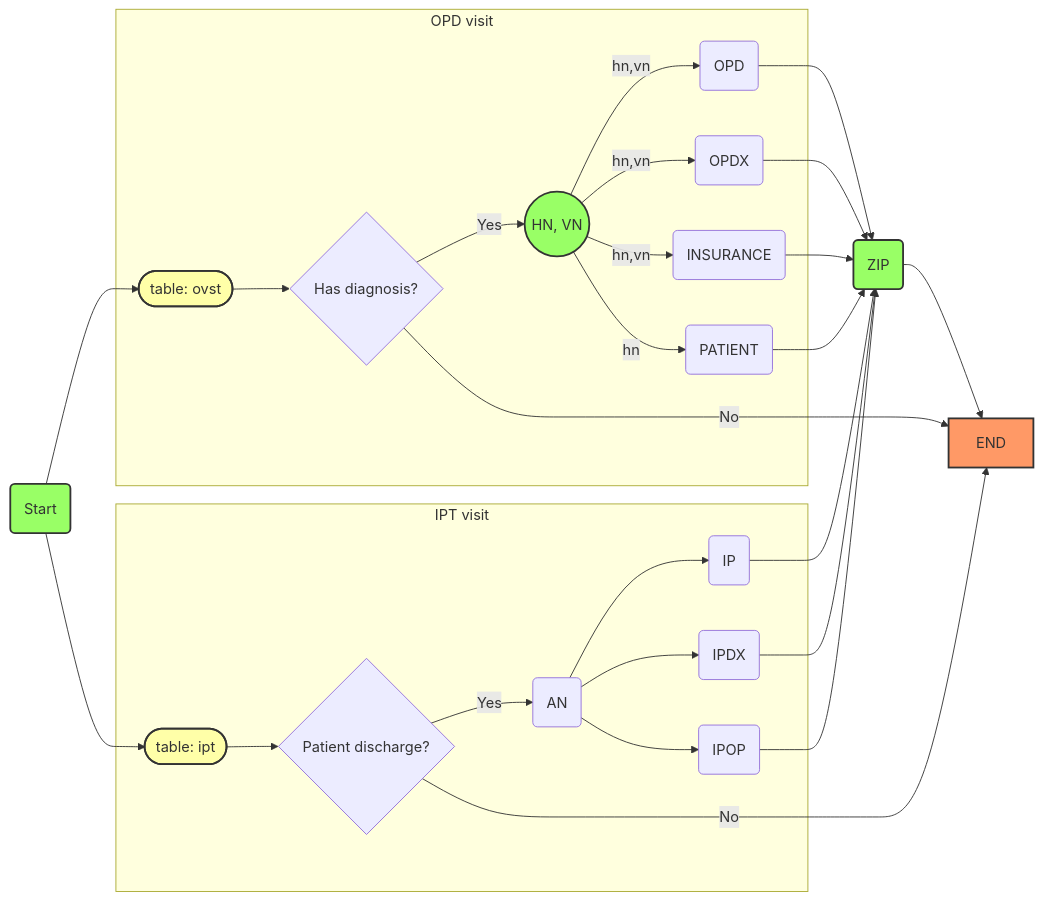
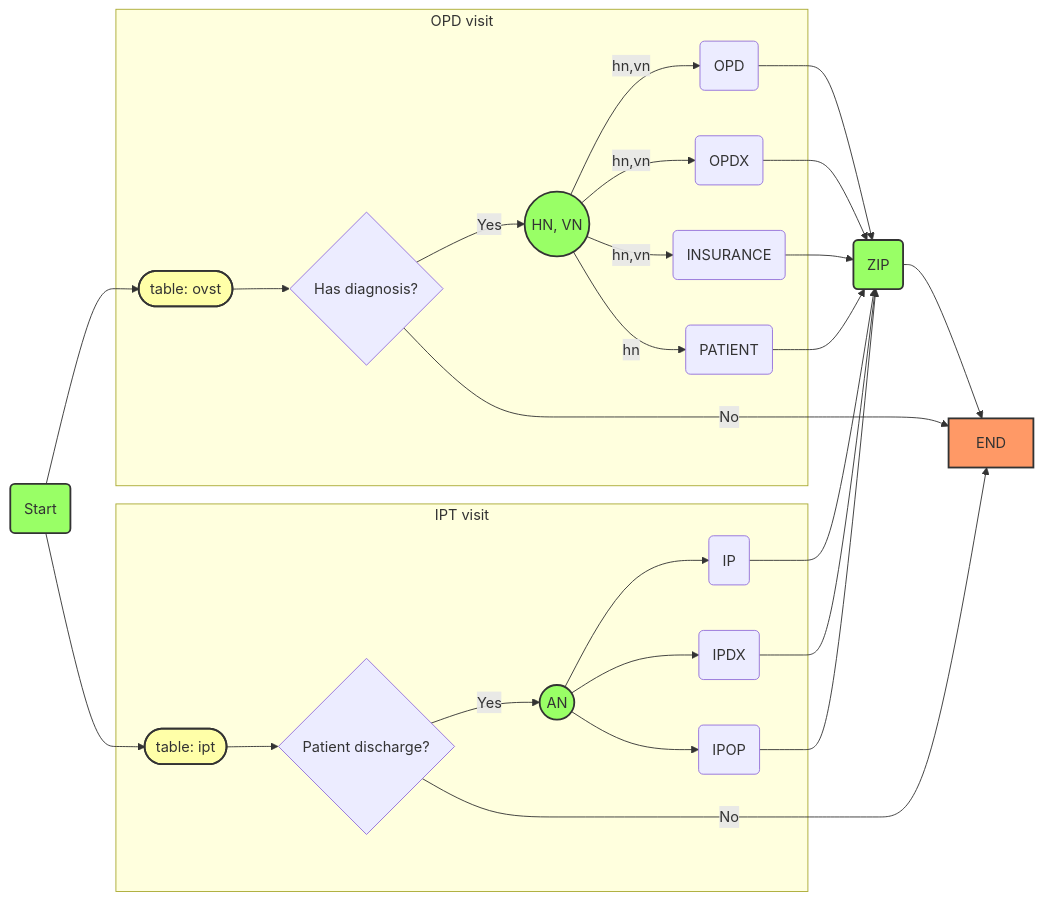
The diagram in HOSxPv3.md (Health-Region-7/Data-Extraction-Flow), drawn with Mermaid before and after one commit.

````diff
--- a/HOSxPv3.md
+++ b/HOSxPv3.md
@@ -3,43 +3,43 @@
 ```mermaid
 flowchart LR
 START(Start) --> OVST([table: ovst])
 subgraph OPD visit
 OVST --> HASDX{Has diagnosis?}
 HASDX --> |Yes| HN((HN, VN))
 HN --> |hn,vn| OPD(OPD)
 HN --> |hn,vn| OPDX(OPDX)
 HN --> |hn,vn| INS(INSURANCE)
 HN -->|hn| PATIENT(PATIENT)
 end
 
 HASDX --> |No| END
 START --> IPT([table: ipt])
 
 subgraph IPT visit
 IPT --> DISCHARGE{Patient discharge?}
-DISCHARGE --> |Yes| AN(AN)
+DISCHARGE --> |Yes| AN((AN))
 AN --> IP(IP)
 AN --> IPDX(IPDX)
 AN --> IPOP(IPOP)
 end
 DISCHARGE --> |No| END
 
 PATIENT --> ZIP(ZIP) 
 OPD --> ZIP
 OPDX --> ZIP
 INS --> ZIP
 
 IPDX --> ZIP
 IPOP --> ZIP
 IP --> ZIP
 
 ZIP --> END
 
 classDef green fill:#9f6,stroke:#333,stroke-width:2px;
 classDef orange fill:#f96,stroke:#333,stroke-width:2px;
 classDef yellow fill:#ffffa8,stroke:#333,stroke-width:2px;
 
-class START,ZIP,HN green
+class START,ZIP,HN,AN green
 class END orange
 class OVST,IPT yellow
 ```
````
